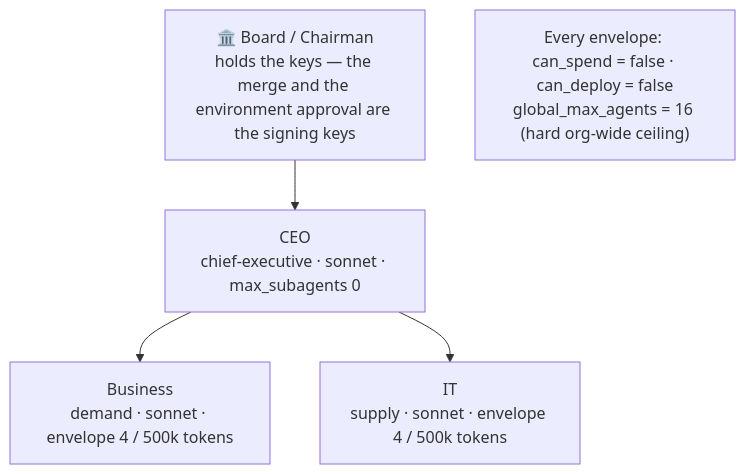
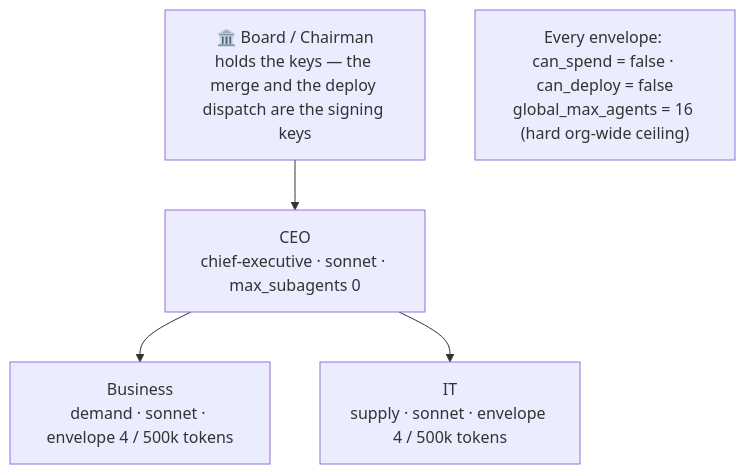
Before and after one commit to johnplantada/scrum-jail-governance-playbook: the fourth of 10 diagrams in docs/ARCHITECTURE.md, drawn with Mermaid. The commit also changed other lines of this file and 4 other files, not shown here.

First line of the commit message:
docs: sweep the deploy-gate leftovers the first pass missed + fix the broken deploy diagram

````diff
--- a/docs/ARCHITECTURE.md
+++ b/docs/ARCHITECTURE.md
@@ -166,11 +166,11 @@
 ```mermaid
 flowchart TD
-    Board["🏛️ Board / Chairman<br/>holds the keys — the merge and the environment approval are the signing keys"]
+    Board["🏛️ Board / Chairman<br/>holds the keys — the merge and the deploy dispatch are the signing keys"]
     CEO["CEO<br/>chief-executive · sonnet · max_subagents 0"]
     BIZ["Business<br/>demand · sonnet · envelope 4 / 500k tokens"]
     IT["IT<br/>supply · sonnet · envelope 4 / 500k tokens"]
     Board --> CEO
     CEO --> BIZ
     CEO --> IT
     Rule["Every envelope: can_spend = false · can_deploy = false<br/>global_max_agents = 16 (hard org-wide ceiling)"]
 ```
````
